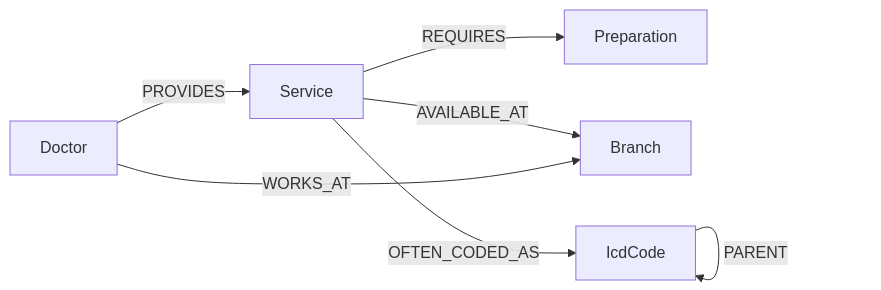
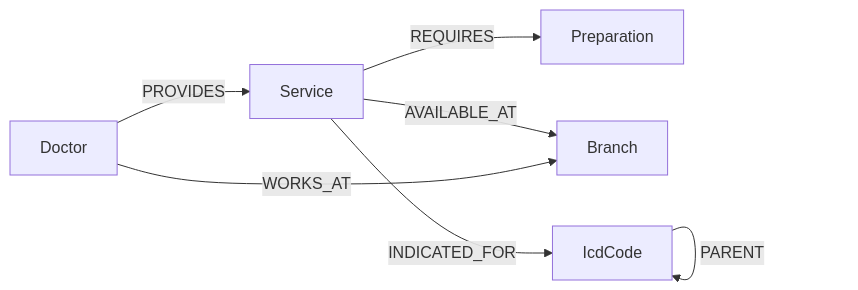
The ninth of 12 diagrams in final-project/README.md (divisee/otus-ai-architect), drawn with Mermaid before and after one commit. The commit also changed other lines of this file and 7 other files, not shown here.

First line of the commit message:
Name the NER model, and fix the ICD relation: a service is indicated for a code.

````diff
--- a/final-project/README.md
+++ b/final-project/README.md
@@ -782,9 +782,9 @@
 ```mermaid
 flowchart LR
     Doctor -->|PROVIDES| Service
     Service -->|REQUIRES| Preparation
     Service -->|AVAILABLE_AT| Branch
     Doctor -->|WORKS_AT| Branch
-    Service -->|OFTEN_CODED_AS| IcdCode
+    Service -->|INDICATED_FOR| IcdCode
     IcdCode -->|PARENT| IcdCode
 ```
````
